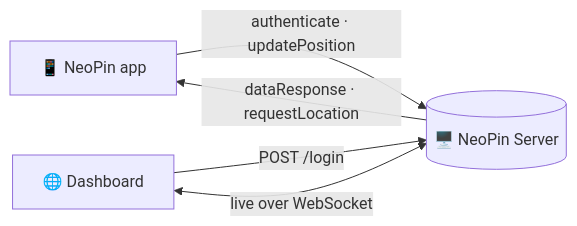
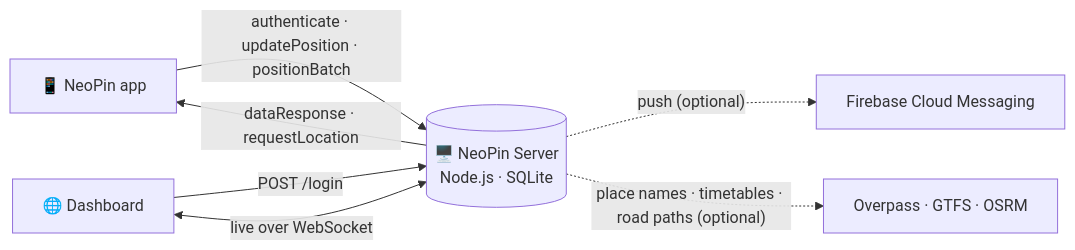
The diagram in README.md (vxnsin/NeoPin), drawn with Mermaid before and after one commit. The commit also changed other lines of this file and 12 other files, not shown here.

````diff
--- a/README.md
+++ b/README.md
@@ -27,7 +31,9 @@
 ```mermaid
 flowchart LR
-    A[📱 NeoPin app] -- "authenticate · updatePosition" --> S[(🖥️ NeoPin Server)]
+    A[📱 NeoPin app] -- "authenticate · updatePosition · positionBatch" --> S[(🖥️ NeoPin Server<br/>Node.js · SQLite)]
     S -- "dataResponse · requestLocation" --> A
     D[🌐 Dashboard] -- "POST /login" --> S
     D <-- "live over WebSocket" --> S
+    S -. "push (optional)" .-> F[Firebase Cloud Messaging]
+    S -. "place names · timetables · road paths (optional)" .-> O[Overpass · GTFS · OSRM]
 ```
````
